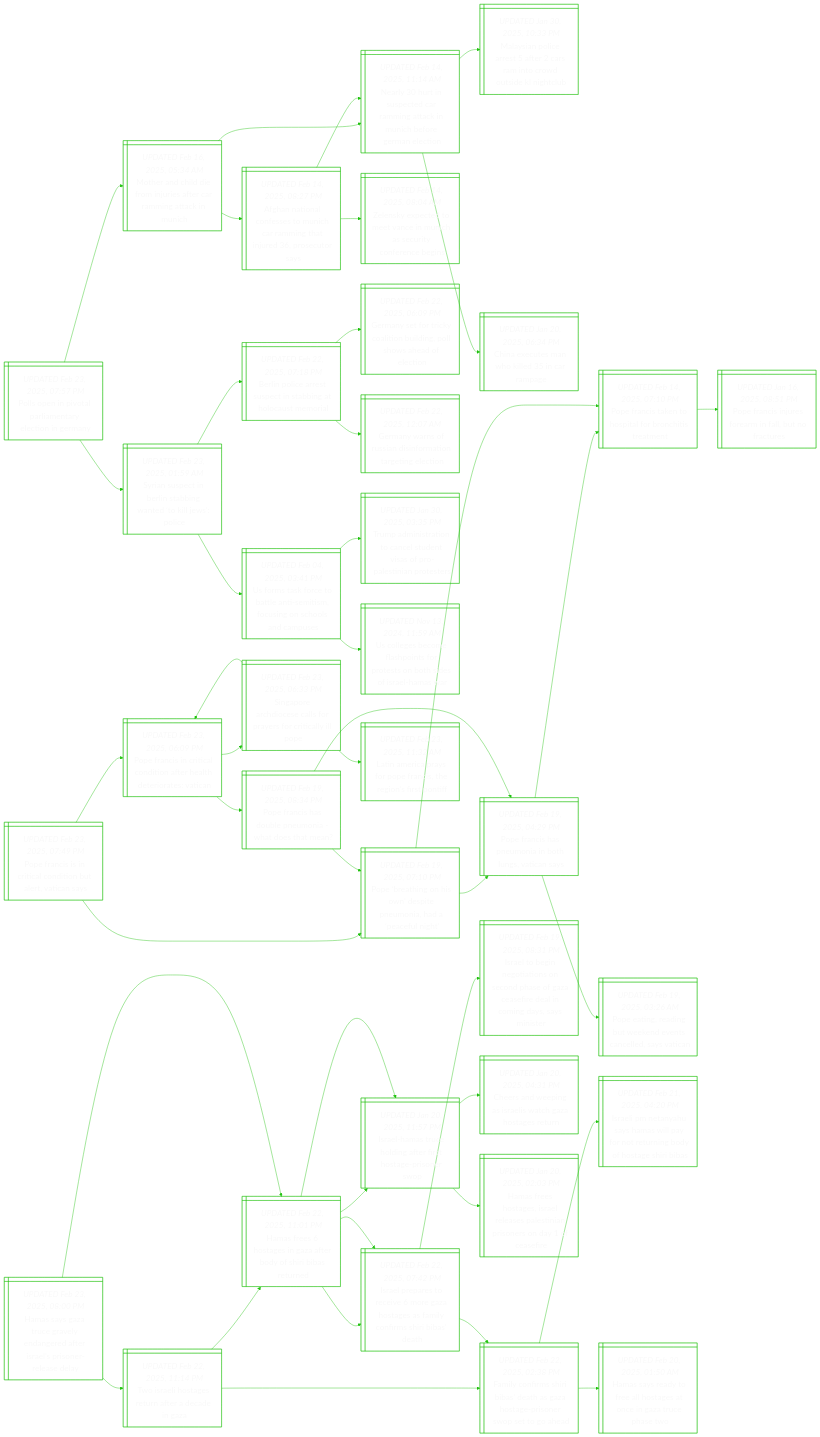
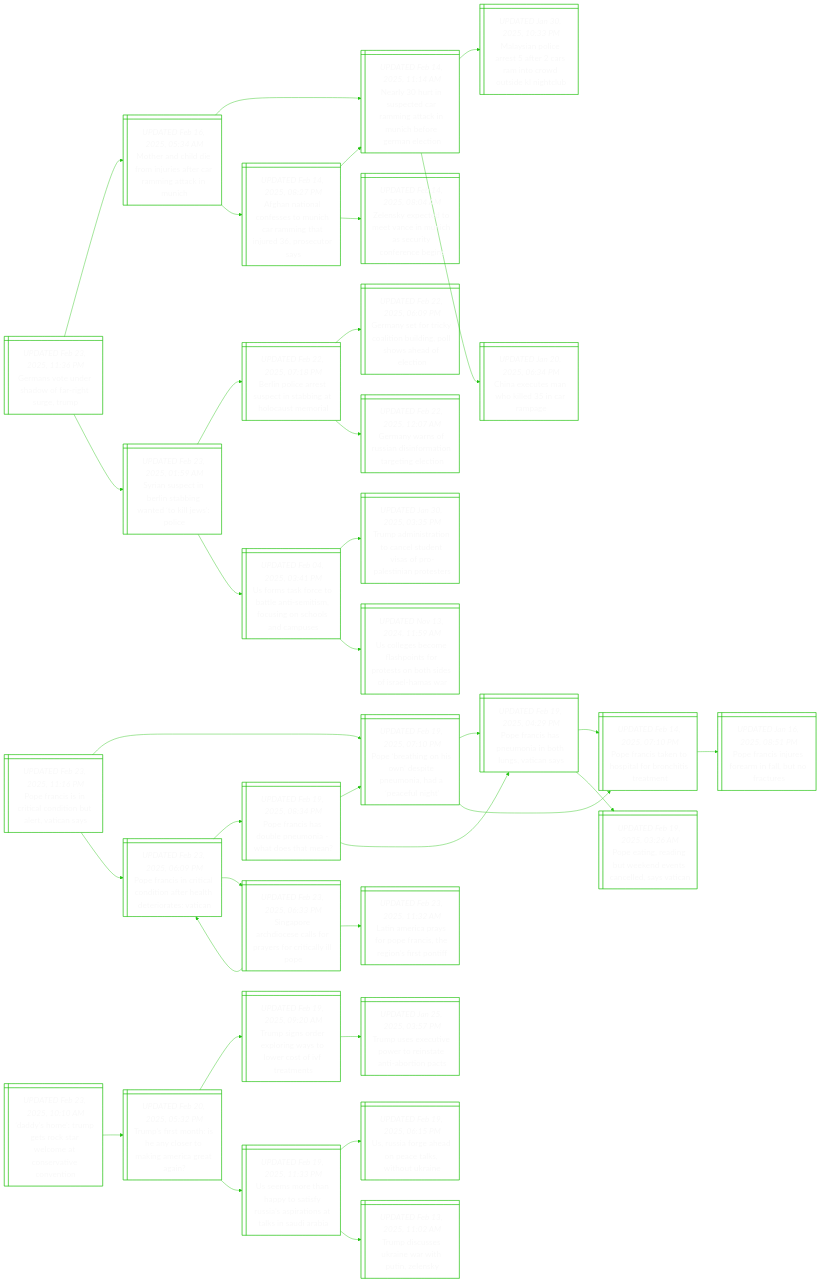
Before and after one commit to notJmes/notJmes: the diagram in README.md, drawn with Mermaid. The commit also changed other lines of this file, not shown here.

````diff
--- a/README.md
+++ b/README.md
@@ -16,8 +16,8 @@
 flowchart LR
 classDef txtsize font-size:20px;
 
-Pontreytna@{ shape: win-pane, label: "_UPDATED Feb 23, 2025, 07:57 PM_
-Polls open in pivotal parliamentary election in germany" }
+Gneroahgm@{ shape: win-pane, label: "_UPDATED Feb 23, 2025, 11:36 PM_
+Germans vote under shadow of far-right surge, trump" }
 Mrhimrfamtii@{ shape: win-pane, label: "_UPDATED Feb 16, 2025, 05:34 AM_
 Mother and child die from injuries after car ramming attack in munich" }
 Nyipdagcubeac@{ shape: win-pane, label: "_UPDATED Feb 14, 2025, 11:14 AM_
@@ -47,14 +47,14 @@
 Ulbehtpsbifea@{ shape: win-pane, label: "_UPDATED Nov 13, 2024, 11:59 AM_
 Us colleges become flashpoints for protests on both sides of israel-hamas war" }
 
-Pontreytna:::txtsize --> Mrhimrfamtii:::txtsize
+Gneroahgm:::txtsize --> Mrhimrfamtii:::txtsize
 Mrhimrfamtii:::txtsize --> Nyipdagcubeac:::txtsize
 Nyipdagcubeac:::txtsize --> MsoatrrtwsLt:::txtsize
 Nyipdagcubeac:::txtsize --> Cetniirg:::txtsize
 Mrhimrfamtii:::txtsize --> AnoosMhagiesos:::txtsize
 AnoosMhagiesos:::txtsize --> Nyipdagcubeac:::txtsize
 AnoosMhagiesos:::txtsize --> Zspdecuaucrbs:::txtsize
-Pontreytna:::txtsize --> SneBnbatlPe:::txtsize
+Gneroahgm:::txtsize --> SneBnbatlPe:::txtsize
 SneBnbatlPe:::txtsize --> Bncesibaotr:::txtsize
 Bncesibaotr:::txtsize --> Gnfioiigsaoc:::txtsize
 Bncesibaotr:::txtsize --> Gnnunnattlo:::txtsize
@@ -62,7 +62,7 @@
 Umketnmmsnodu:::txtsize --> Taitoedifaips:::txtsize
 Umketnmmsnodu:::txtsize --> Ulbehtpsbifea:::txtsize
 
-PrsccnoaVas@{ shape: win-pane, label: "_UPDATED Feb 23, 2025, 07:49 PM_
+PrsccnoaVas@{ shape: win-pane, label: "_UPDATED Feb 23, 2025, 11:16 PM_
 Pope francis is in critical condition but alert, vatican says" }
 Prihnieiaei@{ shape: win-pane, label: "_UPDATED Feb 19, 2025, 07:10 PM_
 Pope ‘breathing on his own’ despite pneumonia, had a ‘peaceful night’" }
@@ -105,50 +105,26 @@
 Sprocfafill:::txtsize --> Prsiliahhrtt:::txtsize
 Sprocfafill:::txtsize --> LAcyPrsesti:::txtsize
 
-HsauaegaIlsrsa@{ shape: win-pane, label: "_UPDATED Feb 23, 2025, 08:00 PM_
-Hamas says gaza truce gravely endangered after israel’s prisoner-release delay" }
-Trhgtfdez@{ shape: win-pane, label: "_UPDATED Feb 22, 2025, 11:14 PM_
-Two israeli hostages return after a decade in gaza" }
-HfhgGfoSBrn@{ shape: win-pane, label: "_UPDATED Feb 22, 2025, 11:01 PM_
-Hamas frees 6 hostages in gaza after body of shiri bibas returned" }
-IlaoiraaslfSBd@{ shape: win-pane, label: "_UPDATED Feb 22, 2025, 07:42 PM_
-Israel prepares to receive 6 more gaza hostages as family confirms shiri bibas’ death" }
-Ilseitrspno@{ shape: win-pane, label: "_UPDATED Jan 20, 2025, 11:57 PM_
-Israel-hamas truce holding after first hostage-prisoner swop" }
-Fyihieshgsseod@{ shape: win-pane, label: "_UPDATED Feb 22, 2025, 02:38 PM_
-Family confirms shiri bibas’ death as gaza hostage-prisoner swop set to go ahead" }
-Ileayalornohgra@{ shape: win-pane, label: "_UPDATED Feb 21, 2025, 04:20 PM_
-Israeli pm netanyahu says hamas will pay for not returning body of hostage shiri bibas" }
-Hseoasscauao@{ shape: win-pane, label: "_UPDATED Feb 20, 2025, 01:50 AM_
-Hamas says ready to free all hostages at once in gaza truce phase two" }
-HfhgGfoSBrn@{ shape: win-pane, label: "_UPDATED Feb 22, 2025, 11:01 PM_
-Hamas frees 6 hostages in gaza after body of shiri bibas returned" }
-IlaoiraaslfSBd@{ shape: win-pane, label: "_UPDATED Feb 22, 2025, 07:42 PM_
-Israel prepares to receive 6 more gaza hostages as family confirms shiri bibas’ death" }
-Fyihieshgsseod@{ shape: win-pane, label: "_UPDATED Feb 22, 2025, 02:38 PM_
-Family confirms shiri bibas’ death as gaza hostage-prisoner swop set to go ahead" }
-IlggtooaGeiaodanr@{ shape: win-pane, label: "_UPDATED Feb 19, 2025, 08:31 PM_
-Israel to begin negotiations on second phase of gaza ceasefire deal in coming days, says minister" }
-Ilseitrspno@{ shape: win-pane, label: "_UPDATED Jan 20, 2025, 11:57 PM_
-Israel-hamas truce holding after first hostage-prisoner swop" }
-Csegrshhgt@{ shape: win-pane, label: "_UPDATED Jan 20, 2025, 04:31 PM_
-Cheers and weeping as israelis watch gaza hostages return" }
-Hfhgreeeiiraei@{ shape: win-pane, label: "_UPDATED Jan 20, 2025, 02:03 PM_
-Hamas frees hostages, israel releases palestinian prisoners on day 1 of ceasefire" }
+DsTgoacteini@{ shape: win-pane, label: "_UPDATED Feb 23, 2025, 10:10 AM_
+‘daddy’s home’: trump gets rock star welcome at conservative convention" }
+Tsthaoonrrg@{ shape: win-pane, label: "_UPDATED Feb 20, 2025, 05:32 PM_
+Trump’s first month: is he any closer to making america great again?" }
+Tsoeralcfre@{ shape: win-pane, label: "_UPDATED Feb 19, 2025, 09:20 AM_
+Trump signs order exploring ways to lower cost of ivf treatments" }
+Tuxiwrtnons@{ shape: win-pane, label: "_UPDATED Jan 25, 2025, 03:57 PM_
+Trump uses executive power to reinstate anti-abortion pacts" }
+Umehtiusrnanii@{ shape: win-pane, label: "_UPDATED Feb 19, 2025, 11:33 PM_
+Us seems more than happy to satisfy russia’s aspirations at talks in saudi arabia" }
+Usreptwua@{ shape: win-pane, label: "_UPDATED Feb 19, 2025, 06:15 PM_
+Us, russia forge ahead on peace talks, without ukraine" }
+Tdskeitly@{ shape: win-pane, label: "_UPDATED Feb 13, 2025, 11:02 AM_
+Trump discusses ukraine war with putin, zelensky" }
 
-HsauaegaIlsrsa:::txtsize --> Trhgtfdez:::txtsize
-Trhgtfdez:::txtsize --> HfhgGfoSBrn:::txtsize
-HfhgGfoSBrn:::txtsize --> IlaoiraaslfSBd:::txtsize
-HfhgGfoSBrn:::txtsize --> Ilseitrspno:::txtsize
-Trhgtfdez:::txtsize --> Fyihieshgsseod:::txtsize
-Fyihieshgsseod:::txtsize --> Ileayalornohgra:::txtsize
-Fyihieshgsseod:::txtsize --> Hseoasscauao:::txtsize
-HsauaegaIlsrsa:::txtsize --> HfhgGfoSBrn:::txtsize
-HfhgGfoSBrn:::txtsize --> IlaoiraaslfSBd:::txtsize
-IlaoiraaslfSBd:::txtsize --> Fyihieshgsseod:::txtsize
-IlaoiraaslfSBd:::txtsize --> IlggtooaGeiaodanr:::txtsize
-HfhgGfoSBrn:::txtsize --> Ilseitrspno:::txtsize
-Ilseitrspno:::txtsize --> Csegrshhgt:::txtsize
-Ilseitrspno:::txtsize --> Hfhgreeeiiraei:::txtsize
+DsTgoacteini:::txtsize --> Tsthaoonrrg:::txtsize
+Tsthaoonrrg:::txtsize --> Tsoeralcfre:::txtsize
+Tsoeralcfre:::txtsize --> Tuxiwrtnons:::txtsize
+Tsthaoonrrg:::txtsize --> Umehtiusrnanii:::txtsize
+Umehtiusrnanii:::txtsize --> Usreptwua:::txtsize
+Umehtiusrnanii:::txtsize --> Tdskeitly:::txtsize
 
 ```
````
